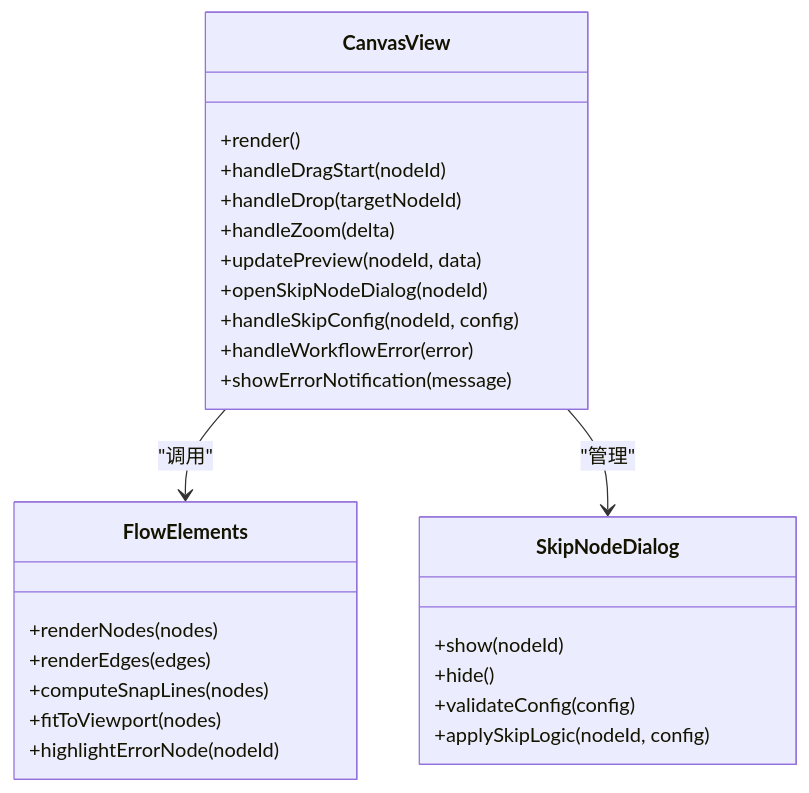
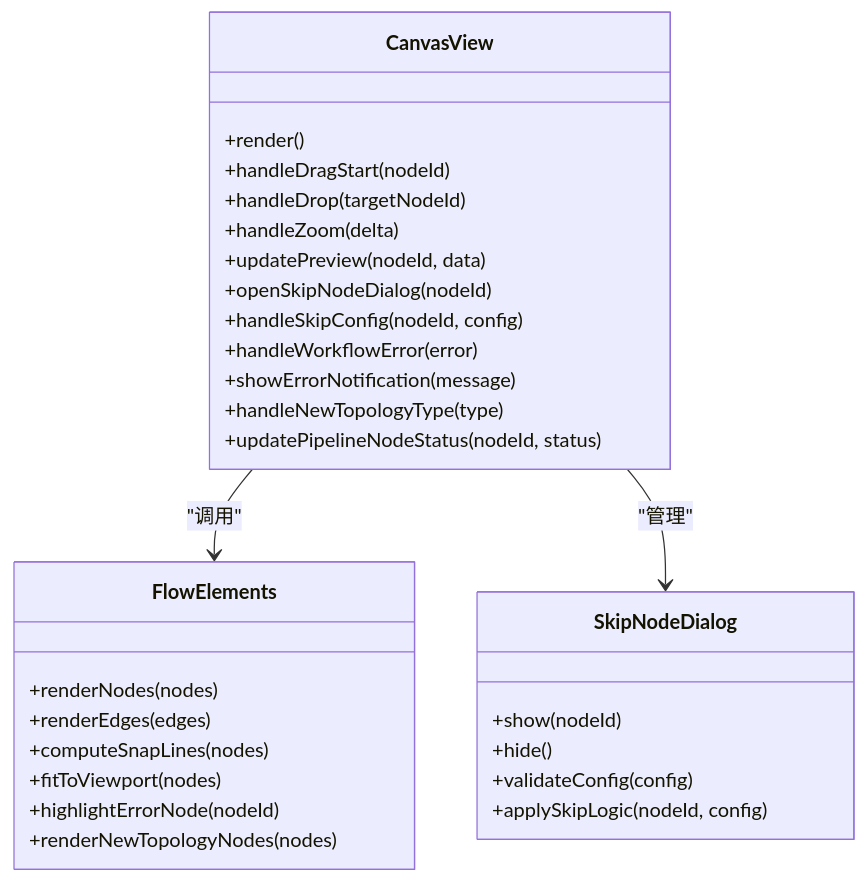
Before and after one commit to scottcwy/PurpleInk: the third of 16 diagrams in .qoder/repowiki/zh/content/画布编辑器/画布编辑器.md, drawn with Mermaid. The commit also changed other lines of this file and 29 other files, not shown here.

````diff
--- a/.qoder/repowiki/zh/content/画布编辑器/画布编辑器.md
+++ b/.qoder/repowiki/zh/content/画布编辑器/画布编辑器.md
@@ -249,29 +265,32 @@
 ```mermaid
 classDiagram
 class CanvasView {
 +render()
 +handleDragStart(nodeId)
 +handleDrop(targetNodeId)
 +handleZoom(delta)
 +updatePreview(nodeId, data)
 +openSkipNodeDialog(nodeId)
 +handleSkipConfig(nodeId, config)
 +handleWorkflowError(error)
 +showErrorNotification(message)
++handleNewTopologyType(type)
++updatePipelineNodeStatus(nodeId, status)
 }
 class FlowElements {
 +renderNodes(nodes)
 +renderEdges(edges)
 +computeSnapLines(nodes)
 +fitToViewport(nodes)
 +highlightErrorNode(nodeId)
++renderNewTopologyNodes(nodes)
 }
 class SkipNodeDialog {
 +show(nodeId)
 +hide()
 +validateConfig(config)
 +applySkipLogic(nodeId, config)
 }
 CanvasView --> FlowElements : "调用"
 CanvasView --> SkipNodeDialog : "管理"
 ```
````
